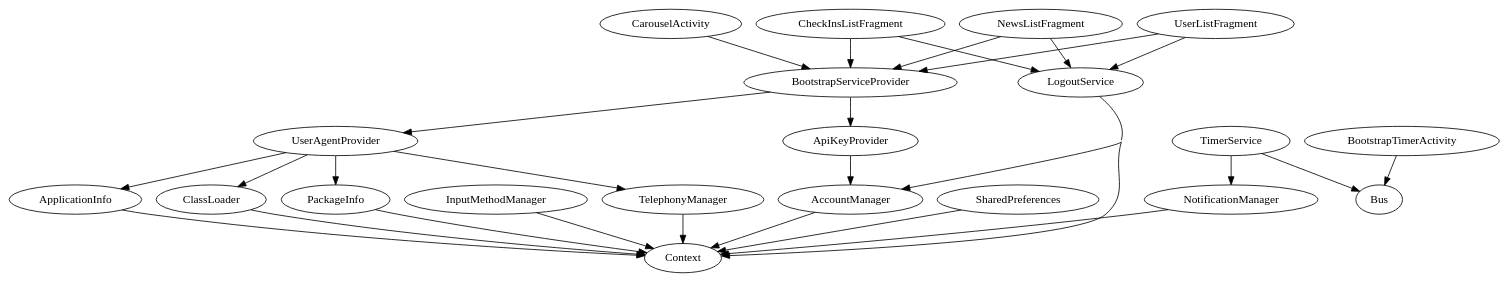
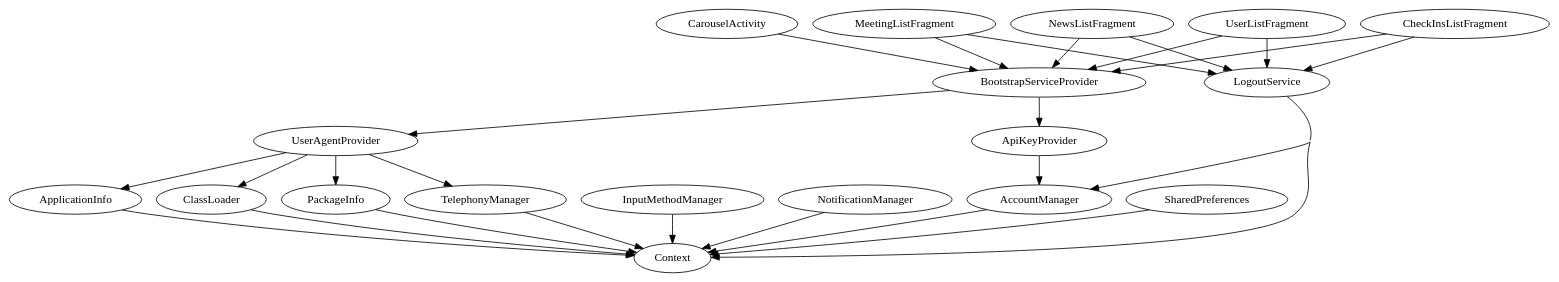
The diagram in app/target/idea-classes/com/pxl/android/cemeo/RootModule.dot (riksnickers/CemeoAndroid), drawn with Graphviz before and after one commit. The commit also changed 110 other files, not shown here.

```diff
--- a/app/target/idea-classes/com/pxl/android/cemeo/RootModule.dot
+++ b/app/target/idea-classes/com/pxl/android/cemeo/RootModule.dot
@@ -1,30 +1,29 @@
 digraph G1 {
   concentrate = true;
   AccountManager -> Context;
   ApiKeyProvider -> AccountManager;
   ApplicationInfo -> Context;
   BootstrapServiceProvider -> UserAgentProvider;
   BootstrapServiceProvider -> ApiKeyProvider;
-  BootstrapTimerActivity -> Bus;
   CarouselActivity -> BootstrapServiceProvider;
   CheckInsListFragment -> LogoutService;
   CheckInsListFragment -> BootstrapServiceProvider;
   ClassLoader -> Context;
   InputMethodManager -> Context;
   LogoutService -> AccountManager;
   LogoutService -> Context;
+  MeetingListFragment -> LogoutService;
+  MeetingListFragment -> BootstrapServiceProvider;
   NewsListFragment -> LogoutService;
   NewsListFragment -> BootstrapServiceProvider;
   NotificationManager -> Context;
   PackageInfo -> Context;
   SharedPreferences -> Context;
   TelephonyManager -> Context;
-  TimerService -> NotificationManager;
-  TimerService -> Bus;
   UserAgentProvider -> TelephonyManager;
+  UserAgentProvider -> ClassLoader;
   UserAgentProvider -> ApplicationInfo;
   UserAgentProvider -> PackageInfo;
-  UserAgentProvider -> ClassLoader;
   UserListFragment -> LogoutService;
   UserListFragment -> BootstrapServiceProvider;
 }
```
